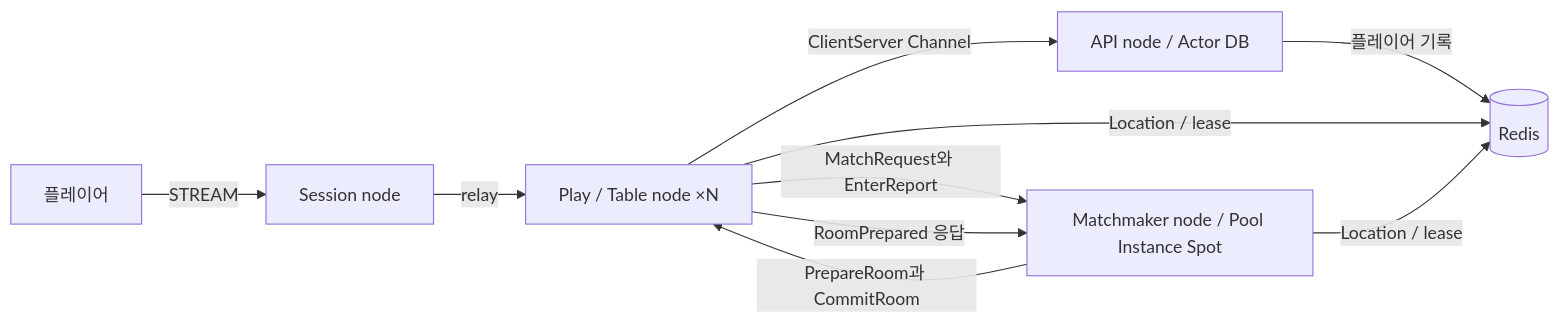
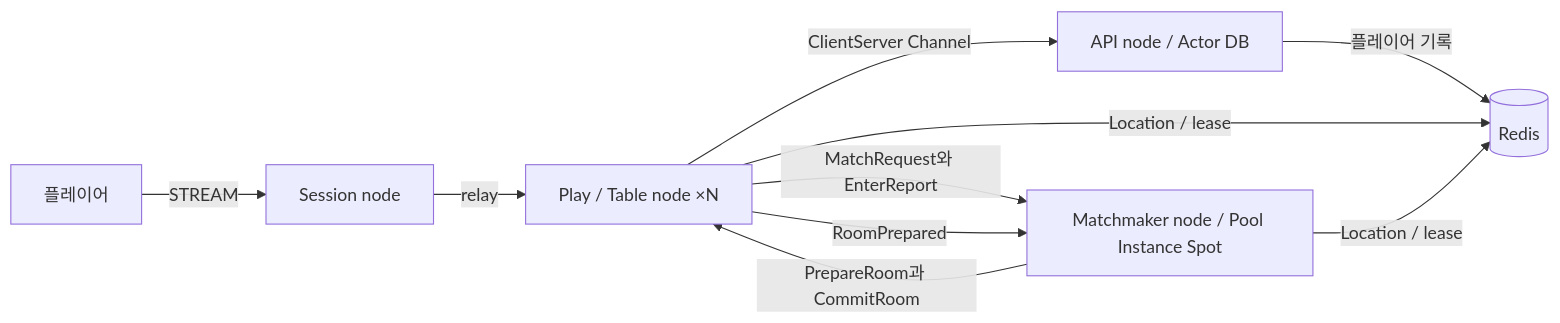
The diagram in framework/languages/node/templates/board-tables/my-game/README.ko.md (zlink-systems/zlink), drawn with Mermaid before and after one commit. The commit also changed other lines of this file and 10 other files, not shown here.

First line of the commit message:
refactor(templates): board-tables Pool은 PrepareRoom을 보내고 turn을 끝내며, RoomProvisioner가 Table을 만들고 결과는 RoomPrepared 메시지로 돌아오게 통일

````diff
--- a/framework/languages/node/templates/board-tables/my-game/README.ko.md
+++ b/framework/languages/node/templates/board-tables/my-game/README.ko.md
@@ -7,12 +7,12 @@
 ```mermaid
 flowchart LR
     players[플레이어] -->|STREAM| session[Session node]
     session -->|relay| table[Play / Table node ×N]
     table -->|MatchRequest와 EnterReport| matchmaker[Matchmaker node / Pool Instance Spot]
     matchmaker -->|PrepareRoom과 CommitRoom| table
-    table -->|RoomPrepared 응답| matchmaker
+    table -->|RoomPrepared| matchmaker
     table -->|ClientServer Channel| api[API node / Actor DB]
     api -->|플레이어 기록| location[(Redis)]
     table -->|Location / lease| location
     matchmaker -->|Location / lease| location
 ```
````
